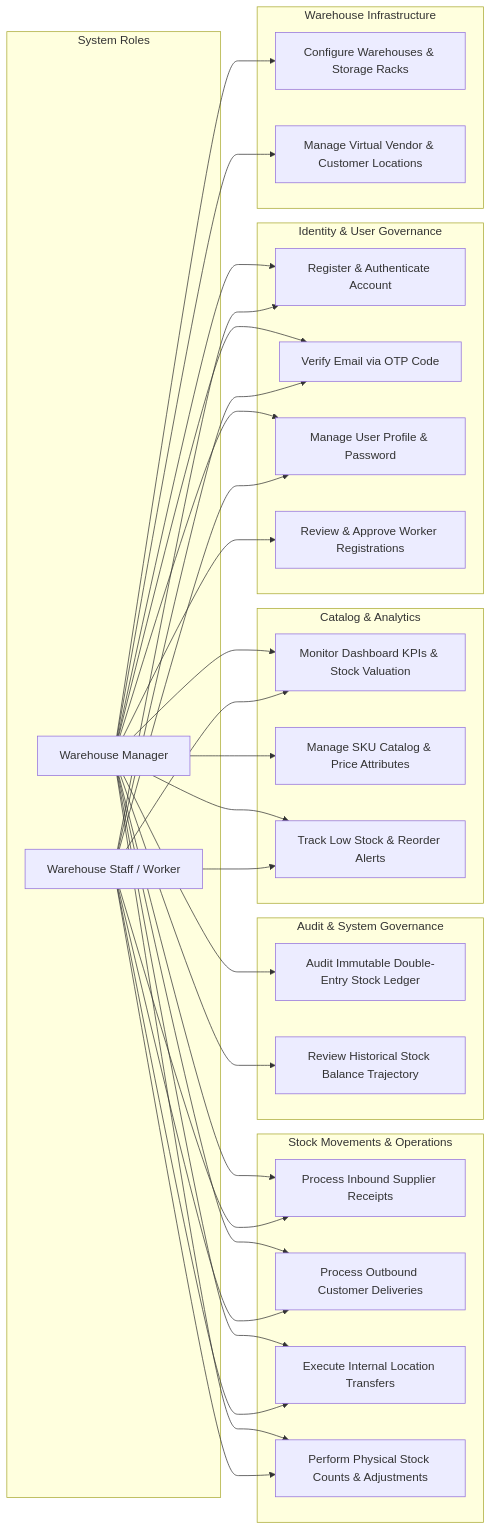
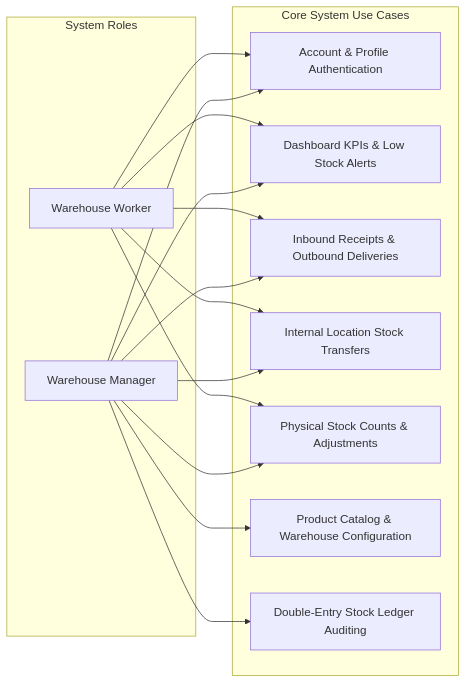
The second of 2 diagrams in README.md (knoxiboy/StockSense), drawn with Mermaid before and after one commit. The commit also changed other lines of this file, not shown here.

Commit message:
Simplify Architecture and Use Case diagrams in README.md

````diff
--- a/README.md
+++ b/README.md
@@ -100,63 +63,31 @@
 ```mermaid
 graph LR
-    subgraph Roles["System Roles"]
+    subgraph System_Roles["System Roles"]
+        Worker["Warehouse Worker"]
         Manager["Warehouse Manager"]
-        Worker["Warehouse Staff / Worker"]
     end
 
-    subgraph Auth_UC["Identity & User Governance"]
-        UC_Auth1["Register & Authenticate Account"]
-        UC_Auth2["Verify Email via OTP Code"]
-        UC_Auth3["Manage User Profile & Password"]
-        UC_Auth4["Review & Approve Worker Registrations"]
+    subgraph System_Use_Cases["Core System Use Cases"]
+        UC1["Account & Profile Authentication"]
+        UC2["Dashboard KPIs & Low Stock Alerts"]
+        UC3["Inbound Receipts & Outbound Deliveries"]
+        UC4["Internal Location Stock Transfers"]
+        UC5["Physical Stock Counts & Adjustments"]
+        UC6["Product Catalog & Warehouse Configuration"]
+        UC7["Double-Entry Stock Ledger Auditing"]
     end
 
-    subgraph Inventory_UC["Catalog & Analytics"]
-        UC_Inv1["Monitor Dashboard KPIs & Stock Valuation"]
-        UC_Inv2["Manage SKU Catalog & Price Attributes"]
-        UC_Inv3["Track Low Stock & Reorder Alerts"]
-    end
+    Worker --> UC1
+    Worker --> UC2
+    Worker --> UC3
+    Worker --> UC4
+    Worker --> UC5
 
-    subgraph Warehouse_UC["Warehouse Infrastructure"]
-        UC_Wh1["Configure Warehouses & Storage Racks"]
-        UC_Wh2["Manage Virtual Vendor & Customer Locations"]
-    end
-
-    subgraph Logistics_UC["Stock Movements & Operations"]
-        UC_Op1["Process Inbound Supplier Receipts"]
-        UC_Op2["Process Outbound Customer Deliveries"]
-        UC_Op3["Execute Internal Location Transfers"]
-        UC_Op4["Perform Physical Stock Counts & Adjustments"]
-    end
-
-    subgraph Audit_UC["Audit & System Governance"]
-        UC_Audit1["Audit Immutable Double-Entry Stock Ledger"]
-        UC_Audit2["Review Historical Stock Balance Trajectory"]
-    end
-
-    Worker --> UC_Auth1
-    Worker --> UC_Auth2
-    Worker --> UC_Auth3
-    Worker --> UC_Inv1
-    Worker --> UC_Inv3
-    Worker --> UC_Op1
-    Worker --> UC_Op2
-    Worker --> UC_Op3
-    Worker --> UC_Op4
-
-    Manager --> UC_Auth1
-    Manager --> UC_Auth2
-    Manager --> UC_Auth3
-    Manager --> UC_Auth4
-    Manager --> UC_Inv1
-    Manager --> UC_Inv2
-    Manager --> UC_Inv3
-    Manager --> UC_Wh1
-    Manager --> UC_Wh2
-    Manager --> UC_Op1
-    Manager --> UC_Op2
-    Manager --> UC_Op3
-    Manager --> UC_Op4
-    Manager --> UC_Audit1
-    Manager --> UC_Audit2
+    Manager --> UC1
+    Manager --> UC2
+    Manager --> UC3
+    Manager --> UC4
+    Manager --> UC5
+    Manager --> UC6
+    Manager --> UC7
 ```
````
